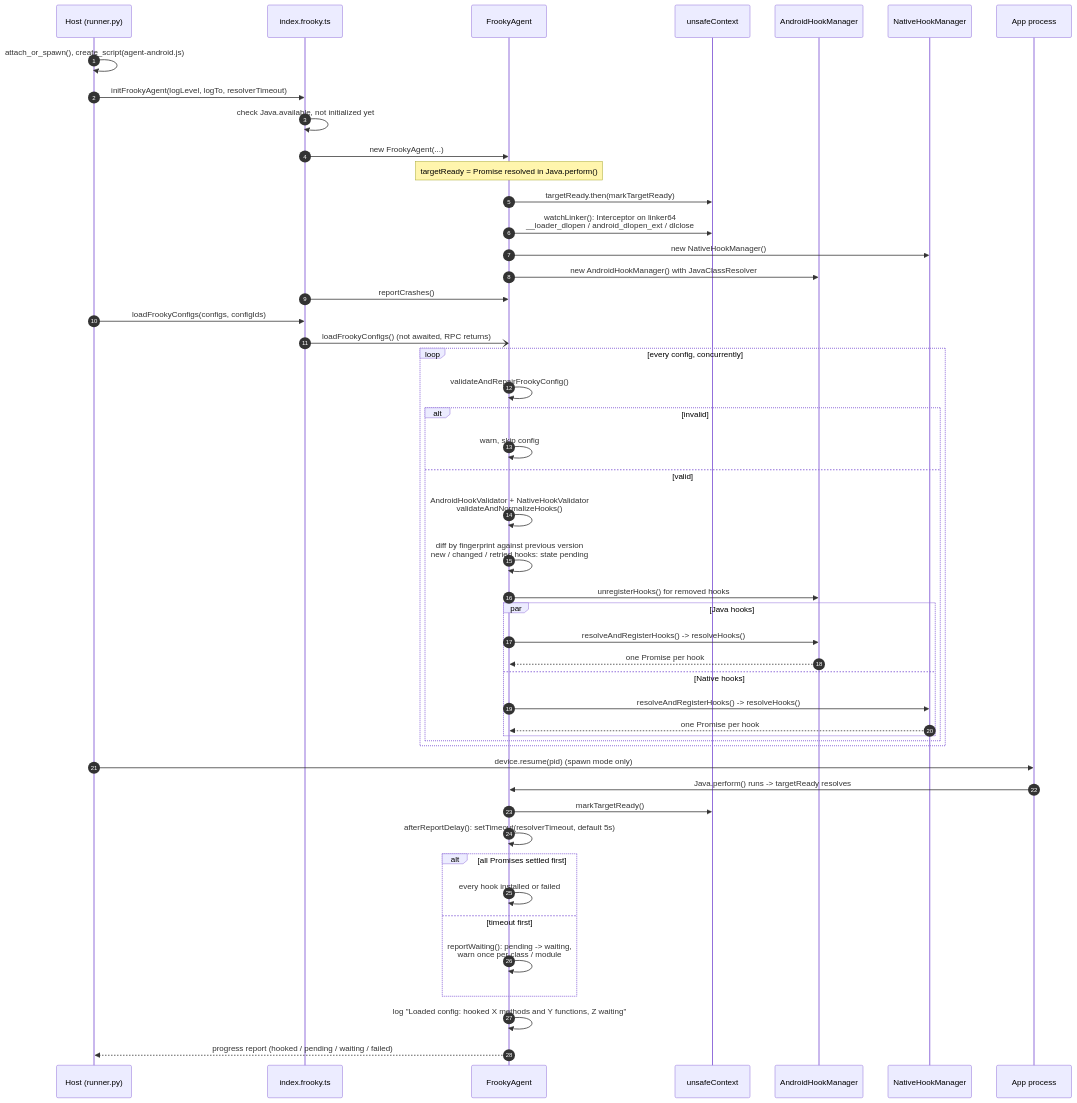
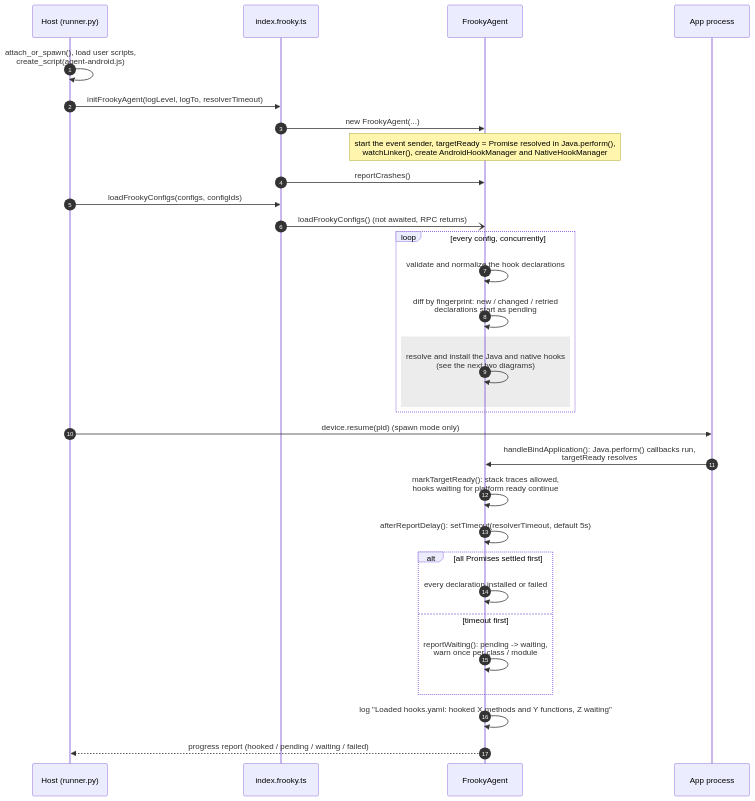
The first of 7 diagrams in docs/under-the-hood.md (bernhste/frooky), drawn with Mermaid before and after one commit. The commit also changed other lines of this file, not shown here.

````diff
--- a/docs/under-the-hood.md
+++ b/docs/under-the-hood.md
@@ -36,56 +45,38 @@
 ```mermaid
 sequenceDiagram
     autonumber
     participant Host as Host (runner.py)
     participant RPC as index.frooky.ts
     participant FA as FrookyAgent
-    participant UC as unsafeContext
-    participant PM as AndroidHookManager
-    participant NM as NativeHookManager
     participant App as App process
 
-    Host->>Host: attach_or_spawn(), create_script(agent-android.js)
+    Host->>Host: attach_or_spawn(), load user scripts,<br/>create_script(agent-android.js)
     Host->>RPC: initFrookyAgent(logLevel, logTo, resolverTimeout)
-    RPC->>RPC: check Java.available, not initialized yet
     RPC->>FA: new FrookyAgent(...)
-    Note over FA: targetReady = Promise resolved in Java.perform()
-    FA->>UC: targetReady.then(markTargetReady)
-    FA->>UC: watchLinker(): Interceptor on linker64<br/>__loader_dlopen / android_dlopen_ext / dlclose
-    FA->>NM: new NativeHookManager()
-    FA->>PM: new AndroidHookManager() with JavaClassResolver
+    Note over FA: start the event sender, targetReady = Promise resolved in Java.perform(),<br/>watchLinker(), create AndroidHookManager and NativeHookManager
     RPC->>FA: reportCrashes()
 
     Host->>RPC: loadFrookyConfigs(configs, configIds)
     RPC-)FA: loadFrookyConfigs() (not awaited, RPC returns)
 
     loop every config, concurrently
-        FA->>FA: validateAndRepairFrookyConfig()
-        alt invalid
-            FA->>FA: warn, skip config
-        else valid
-            FA->>FA: AndroidHookValidator + NativeHookValidator<br/>validateAndNormalizeHooks()
-            FA->>FA: diff by fingerprint against previous version<br/>new / changed / retried hooks: state pending
-            FA->>PM: unregisterHooks() for removed hooks
-            par Java hooks
-                FA->>PM: resolveAndRegisterHooks() -> resolveHooks()
-                PM-->>FA: one Promise per hook
-            and Native hooks
-                FA->>NM: resolveAndRegisterHooks() -> resolveHooks()
-                NM-->>FA: one Promise per hook
-            end
+        FA->>FA: validate and normalize the hook declarations
+        FA->>FA: diff by fingerprint: new / changed / retried<br/>declarations start as pending
+        rect rgba(128, 128, 128, 0.15)
+            FA->>FA: resolve and install the Java and native hooks<br/>(see the next two diagrams)
         end
     end
 
     Host->>App: device.resume(pid) (spawn mode only)
-    App->>FA: Java.perform() runs -> targetReady resolves
-    FA->>UC: markTargetReady()
+    App->>FA: handleBindApplication(): Java.perform() callbacks run,<br/>targetReady resolves
+    FA->>FA: markTargetReady(): stack traces allowed,<br/>hooks waiting for platform ready continue
     FA->>FA: afterReportDelay(): setTimeout(resolverTimeout, default 5s)
 
     alt all Promises settled first
-        FA->>FA: every hook installed or failed
+        FA->>FA: every declaration installed or failed
     else timeout first
         FA->>FA: reportWaiting(): pending -> waiting,<br/>warn once per class / module
     end
-    FA->>FA: log "Loaded config: hooked X methods and Y functions, Z waiting"
+    FA->>FA: log "Loaded hooks.yaml: hooked X methods and Y functions, Z waiting"
     FA-->>Host: progress report (hooked / pending / waiting / failed)
 ```
````
